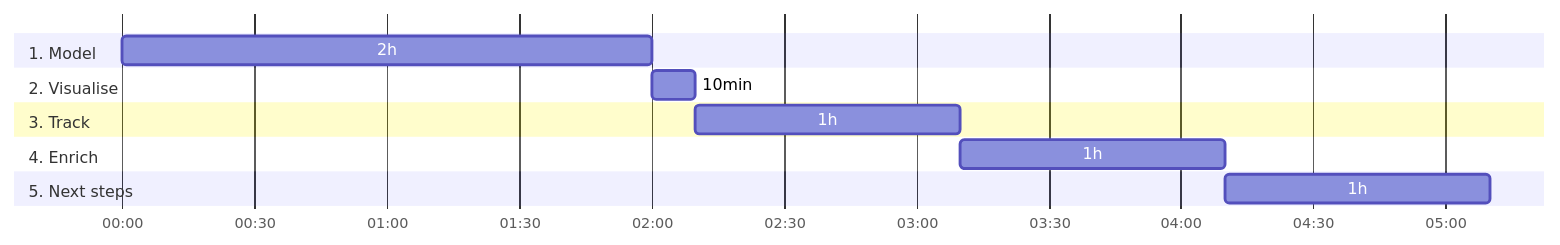
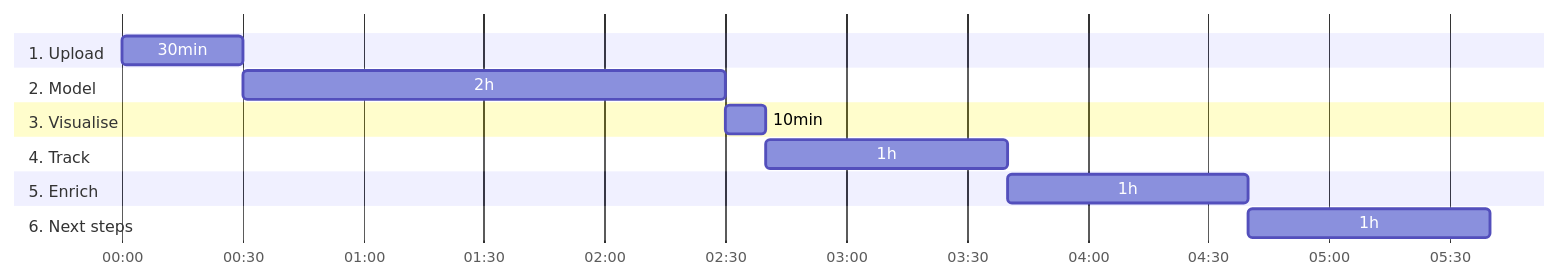
Before and after one commit to snowplow/marketing-attribution-accelerator: the diagram in content/_index.md, drawn with Mermaid. The commit also changed other lines of this file and 19 other files, not shown here.

```diff
--- a/content/_index.md
+++ b/content/_index.md
@@ -40,16 +41,18 @@
 {{<mermaid>}}
 gantt
         dateFormat  HH-mm
         axisFormat %H:%M
-        section 1. Model
+        section 1. Upload
+        30min       :upload, 00-00, 30m
+        section 2. Model
         2h          :model, after upload, 2h
-        section 2. Visualise
+        section 3. Visualise
         10min          :visualise, after model, 10m
-        section 3. Track
+        section 4. Track
         1h          :track, after visualise, 1h
-        section 4. Enrich
+        section 5. Enrich
         1h          :enrich, after track, 1h
-        section 5. Next steps
+        section 6. Next steps
         1h          :next steps, after enrich, 1h
 
 {{</mermaid >}}
```
